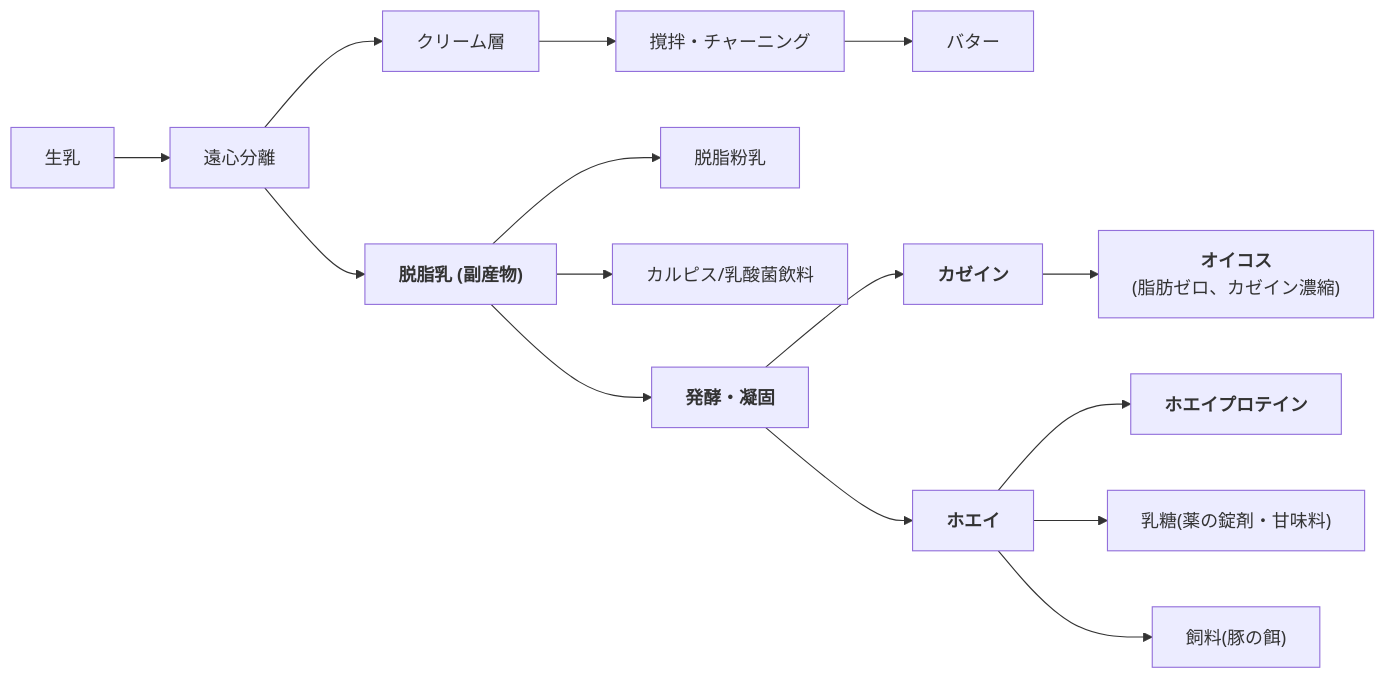
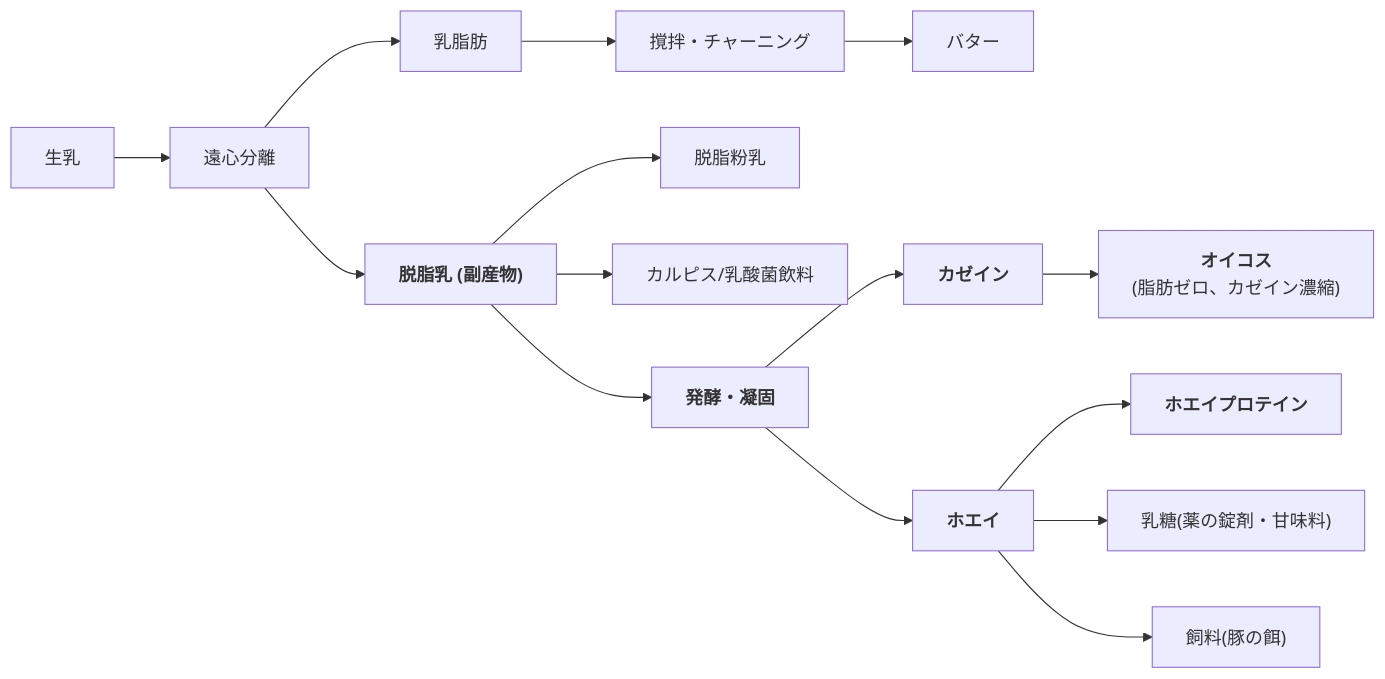
Before and after one commit to ussyi-git/-: the first of 2 diagrams in README.md, drawn with Mermaid.

````diff
--- a/README.md
+++ b/README.md
@@ -1,23 +1,23 @@
 ```mermaid
 graph LR
 Milk["生乳"]-->Separator["遠心分離"]
 %% --- クリーム側の流れ ---
-Separator-->Cream["クリーム層"]
+Separator-->Cream["乳脂肪"]
 Cream-->ButterProcess["撹拌・チャーニング"]
 ButterProcess-->Butter["バター"]
 %% --- 脱脂乳側の流れ ---
 Separator-->SkimMilk["<b>脱脂乳 (副産物)</b>"]
 %% そのまま加工
 SkimMilk-->Powder["脱脂粉乳"]
 SkimMilk-->Calpis["カルピス/乳酸菌飲料"]
 %% 発酵プロセスへ
 SkimMilk-->Ferment["<b>発酵・凝固</b>"]
 %% 固形分（カゼイン）の行方
 Ferment-->Curd["<b>カゼイン</b>"]
 Curd-->Oikos["<b>オイコス</b><br>(脂肪ゼロ、カゼイン濃縮)"]
 %% 液体（ホエイ）の行方
 Ferment-->Whey["<b>ホエイ</b>"]
 Whey-->WPC_WPI["<b>ホエイプロテイン</b>"]
 Whey-->Lactose["乳糖(薬の錠剤・甘味料)"]
 Whey-->Cooking["飼料(豚の餌)"]
 ```
````
